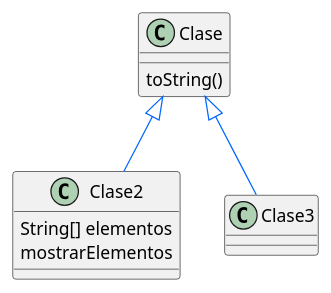
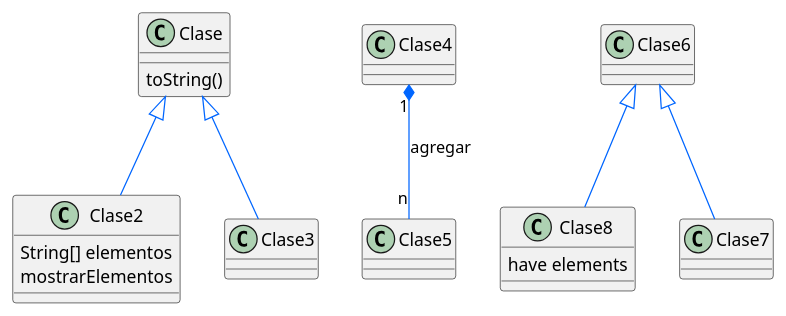
Before and after one commit to Espadv69/uml-begginer: the diagram in uml/diagrama6.puml, drawn with PlantUML.

Commit message:
Update: boxes connection.

```diff
--- a/uml/diagrama6.puml
+++ b/uml/diagrama6.puml
@@ -1,15 +1,26 @@
 @startuml diagrama6
 
     class Clase {
         toString()
     }
 
     class Clase2 {
         String[] elementos
         mostrarElementos 
     }
 
     Clase <|-[#0066ff]- Clase2
     Clase <|-[#0066ff]- Clase3
 
+    Clase4 "1" *-[#0066ff]- "n" Clase5 : agregar
+
+    class Clase8 {
+        have elements
+    }
+
+    Clase6 <|-[#0066ff]- Clase7
+    Clase6 <|-[#0066ff]- Clase8
+
+
+
 @enduml
```
